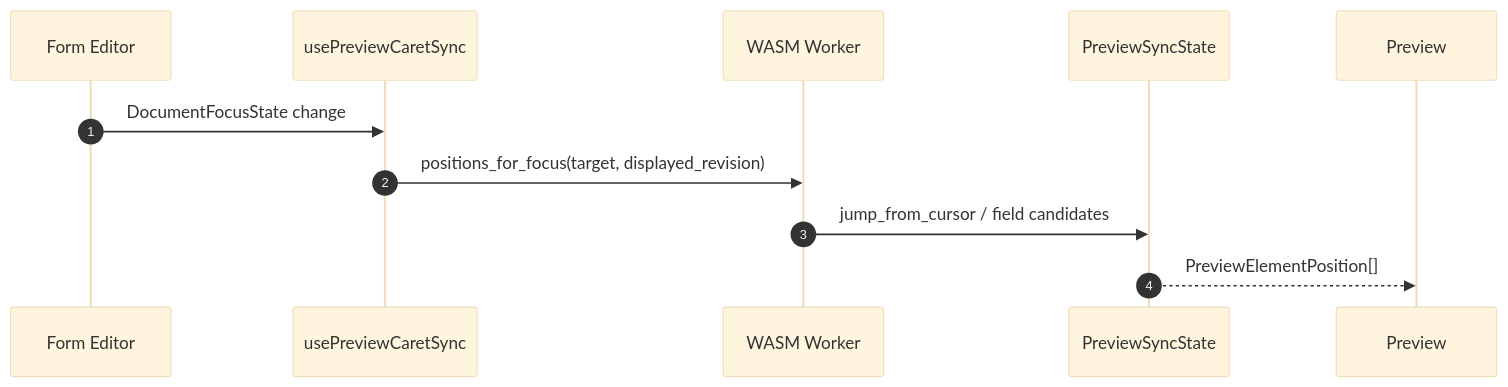
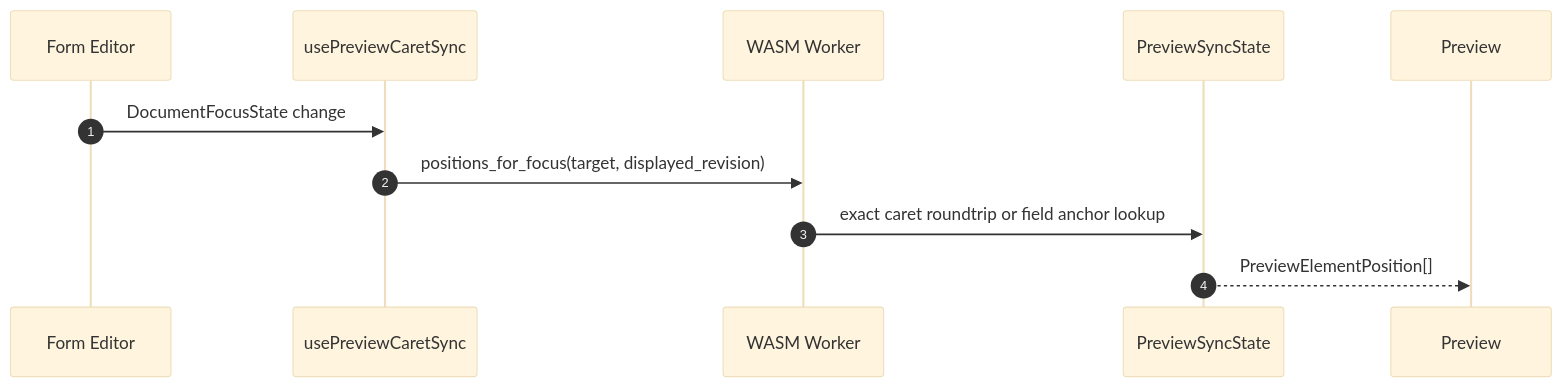
The ninth of 9 diagrams in context/sequence-diagrams.md (andmoreduro/ergo), drawn with Mermaid (base theme) before and after one commit. The commit also changed other lines of this file and 11 other files, not shown here.

Commit message:
Fix exact preview caret sync

````diff
--- a/context/sequence-diagrams.md
+++ b/context/sequence-diagrams.md
@@ -183,14 +183,14 @@
 ```mermaid
 sequenceDiagram
     autonumber
 
     participant Editor as Form Editor
     participant Hook as usePreviewCaretSync
     participant Worker as WASM Worker
     participant Sync as PreviewSyncState
 
     Editor->>Hook: DocumentFocusState change
     Hook->>Worker: positions_for_focus(target, displayed_revision)
-    Worker->>Sync: jump_from_cursor / field candidates
+    Worker->>Sync: exact caret roundtrip or field anchor lookup
     Sync-->>Preview: PreviewElementPosition[]
 ```
````
